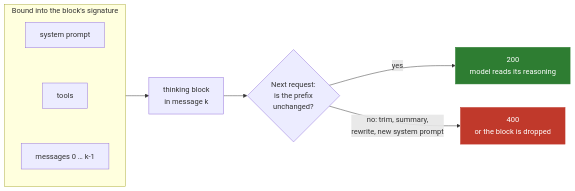
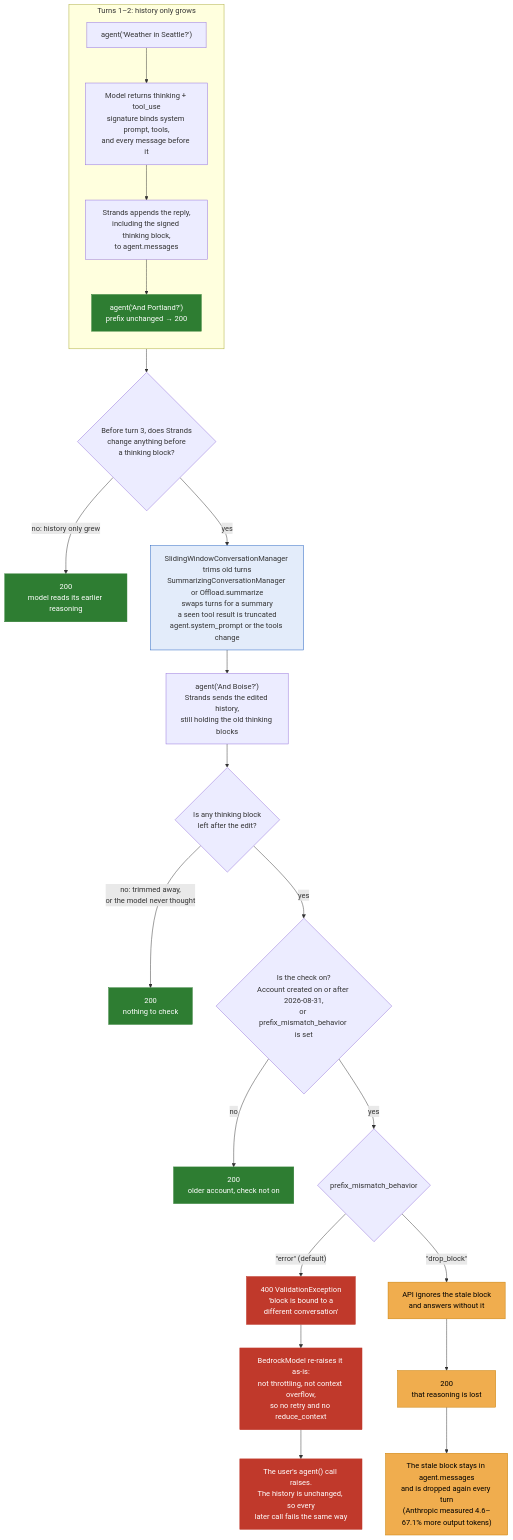
One commit to 3431481073/harness-sdk changed the first of 4 diagrams in team/designs/0021-preserved-thinking.md. Above: the diagram before and after it, drawn with Mermaid. The commit also changed other lines of this file and 2 other files, not shown here.

Commit message:
adding flow chart

````diff
--- a/team/designs/0021-preserved-thinking.md
+++ b/team/designs/0021-preserved-thinking.md
@@ -42,14 +42,34 @@
 ```mermaid
-flowchart LR
-    subgraph prefix["Bound into the block's signature"]
+flowchart TD
+    subgraph turns["Turns 1–2: history only grows"]
         direction TB
-        sys["system prompt"] ~~~ tools["tools"] ~~~ earlier["messages 0 … k-1"]
+        u1["agent('Weather in Seattle?')"] --> r1["Model returns thinking + tool_use<br/>signature binds system prompt, tools,<br/>and every message before it"]
+        r1 --> s1["Strands appends the reply,<br/>including the signed thinking block,<br/>to agent.messages"]
+        s1 --> u2["agent('And Portland?')<br/>prefix unchanged → 200"]:::pass
     end
-    prefix --> block["thinking block<br/>in message k"]
-    block --> next{"Next request:<br/>is the prefix<br/>unchanged?"}
-    next -- yes --> ok["200<br/>model reads its reasoning"]:::pass
-    next -- "no: trim, summary,<br/>rewrite, new system prompt" --> bad["400<br/>or the block is dropped"]:::fail
 
+    u2 --> edit{"Before turn 3, does Strands<br/>change anything before<br/>a thinking block?"}
+    edit -- "no: history only grew" --> ok["200<br/>model reads its earlier reasoning"]:::pass
+    edit -- "yes" --> what["SlidingWindowConversationManager trims old turns<br/>SummarizingConversationManager or Offload.summarize<br/>swaps turns for a summary<br/>a seen tool result is truncated<br/>agent.system_prompt or the tools change"]:::edit
+
+    what --> send["agent('And Boise?')<br/>Strands sends the edited history,<br/>still holding the old thinking blocks"]
+    send --> any{"Is any thinking block<br/>left after the edit?"}
+    any -- "no: trimmed away,<br/>or the model never thought" --> ok2["200<br/>nothing to check"]:::pass
+    any -- yes --> enforced{"Is the check on?<br/>Account created on or after 2026-08-31,<br/>or prefix_mismatch_behavior is set"}
+    enforced -- no --> legacy["200<br/>older account, check not on"]:::pass
+    enforced -- yes --> behavior{"prefix_mismatch_behavior"}
+
+    behavior -- "&quot;error&quot; (default)" --> e400["400 ValidationException<br/>'block is bound to a<br/>different conversation'"]:::fail
+    behavior -- "&quot;drop_block&quot;" --> drop["API ignores the stale block<br/>and answers without it"]:::warn
+
+    e400 --> sdk["BedrockModel re-raises it as-is:<br/>not throttling, not context overflow,<br/>so no retry and no reduce_context"]:::fail
+    sdk --> user["The user's agent() call raises.<br/>The history is unchanged, so every<br/>later call fails the same way"]:::fail
+
+    drop --> d200["200<br/>that reasoning is lost"]:::warn
+    d200 --> stale["The stale block stays in agent.messages<br/>and is dropped again every turn<br/>(Anthropic measured 4.6–67.1% more output tokens)"]:::warn
+
+    classDef pass fill:#2e7d32,color:#ffffff,stroke:#2e7d32
     classDef fail fill:#c0392b,color:#ffffff,stroke:#c0392b
-    classDef pass fill:#2e7d32,color:#ffffff,stroke:#2e7d32
+    classDef warn fill:#f0ad4e,color:#000000,stroke:#c77c00
+    classDef edit fill:#e3ecfa,stroke:#1f5fbf
 ```
````
